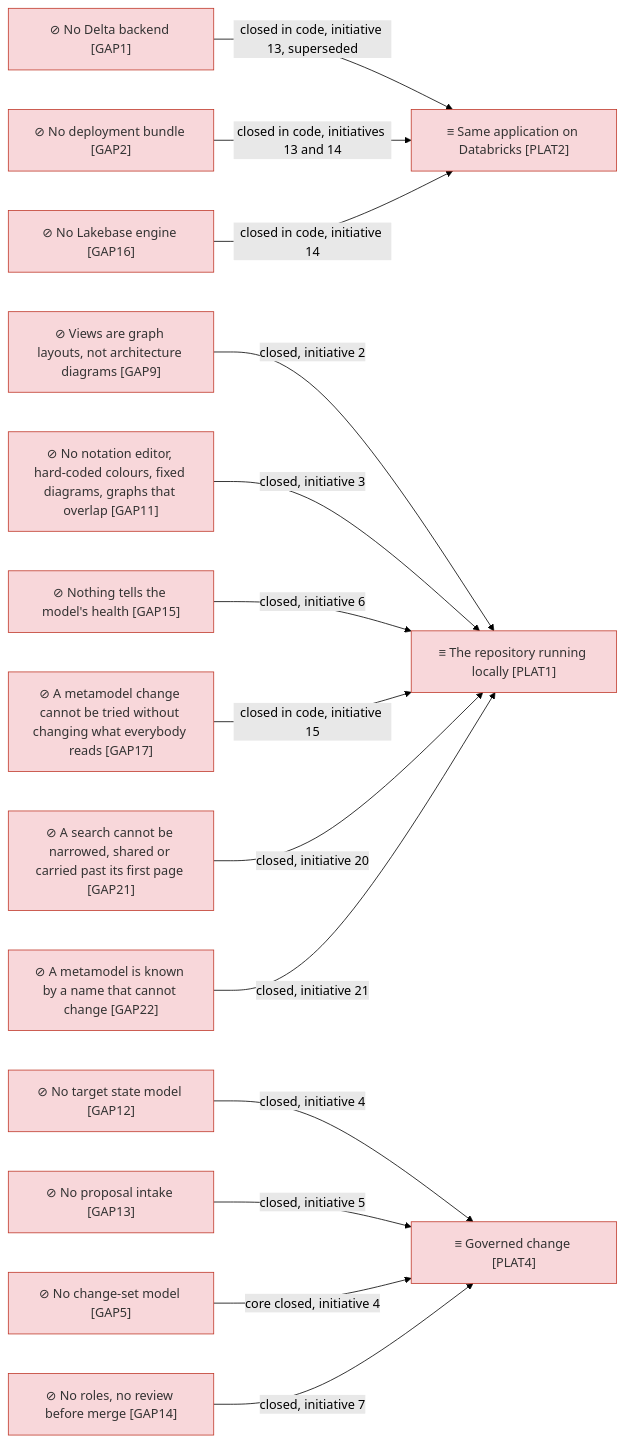
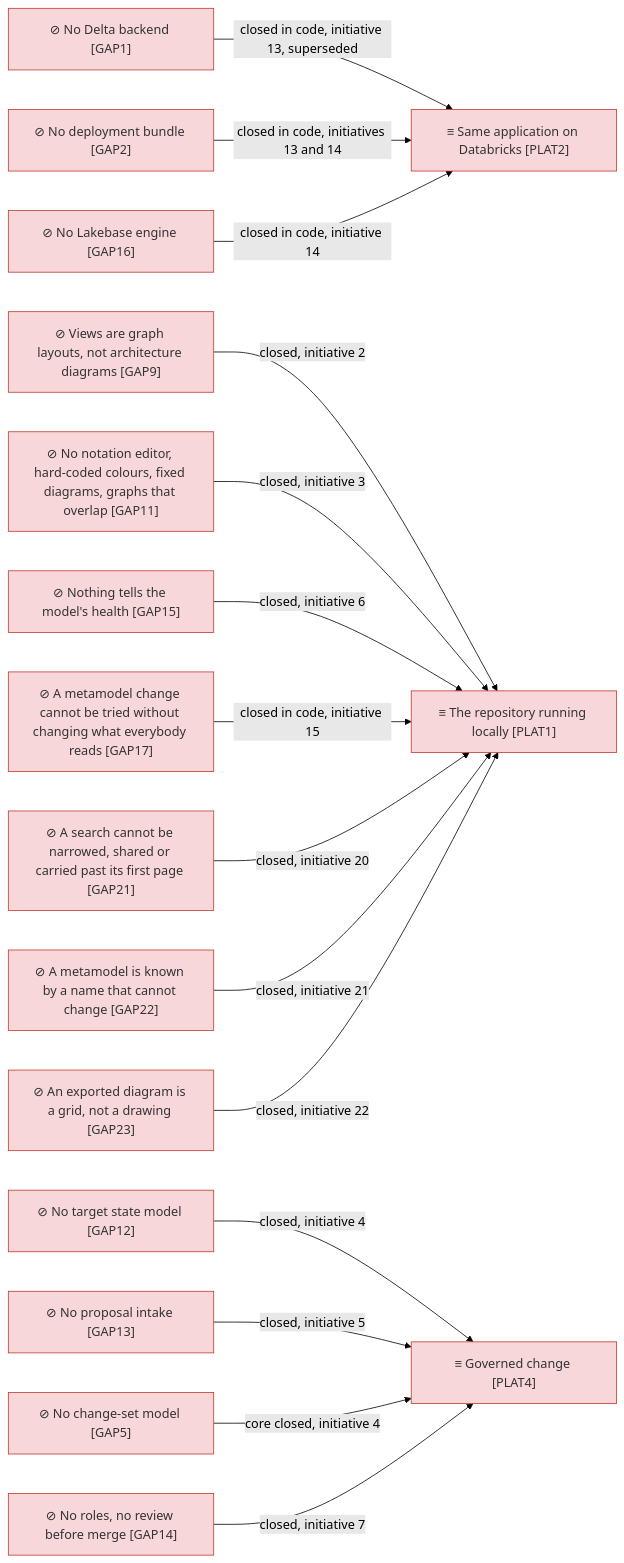
The fourth of 4 diagrams in architecture/6_transition/1_target-state.md (roanboc/dbx-enterprise-architecture), drawn with Mermaid (forest theme) before and after one commit. The commit also changed other lines of this file and 45 other files, not shown here.

````diff
--- a/architecture/6_transition/1_target-state.md
+++ b/architecture/6_transition/1_target-state.md
@@ -125,34 +130,36 @@
 ```mermaid
 flowchart LR
   p1["≡ The repository running locally [PLAT1]"]:::implementation
   p2["≡ Same application on Databricks [PLAT2]"]:::implementation
   p4["≡ Governed change [PLAT4]"]:::implementation
   g1["⊘ No Delta backend [GAP1]"]:::implementation
   g2["⊘ No deployment bundle [GAP2]"]:::implementation
   g16["⊘ No Lakebase engine [GAP16]"]:::implementation
   g9["⊘ Views are graph layouts, not architecture diagrams [GAP9]"]:::implementation
   g11["⊘ No notation editor, hard-coded colours, fixed diagrams, graphs that overlap [GAP11]"]:::implementation
   g5["⊘ No change-set model [GAP5]"]:::implementation
   g12["⊘ No target state model [GAP12]"]:::implementation
   g13["⊘ No proposal intake [GAP13]"]:::implementation
   g14["⊘ No roles, no review before merge [GAP14]"]:::implementation
   g15["⊘ Nothing tells the model's health [GAP15]"]:::implementation
   g17["⊘ A metamodel change cannot be tried without changing what everybody reads [GAP17]"]:::implementation
   g21["⊘ A search cannot be narrowed, shared or carried past its first page [GAP21]"]:::implementation
   g22["⊘ A metamodel is known by a name that cannot change [GAP22]"]:::implementation
+  g23["⊘ An exported diagram is a grid, not a drawing [GAP23]"]:::implementation
   g9 -->|closed, initiative 2| p1
   g11 -->|closed, initiative 3| p1
   g12 -->|closed, initiative 4| p4
   g13 -->|closed, initiative 5| p4
   g5 -->|core closed, initiative 4| p4
   g14 -->|closed, initiative 7| p4
   g15 -->|closed, initiative 6| p1
   g1 -->|closed in code, initiative 13, superseded| p2
   g2 -->|closed in code, initiatives 13 and 14| p2
   g16 -->|closed in code, initiative 14| p2
   g17 -->|closed in code, initiative 15| p1
   g21 -->|closed, initiative 20| p1
   g22 -->|closed, initiative 21| p1
+  g23 -->|closed, initiative 22| p1
 
   classDef implementation fill:#f8d7da,stroke:#c0392b,color:#333
 ```
````
